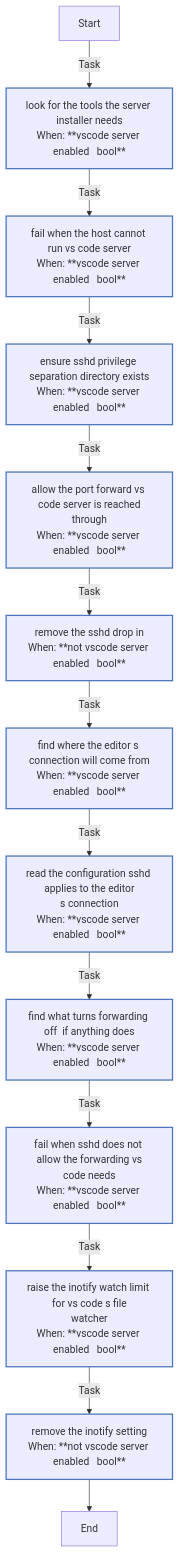
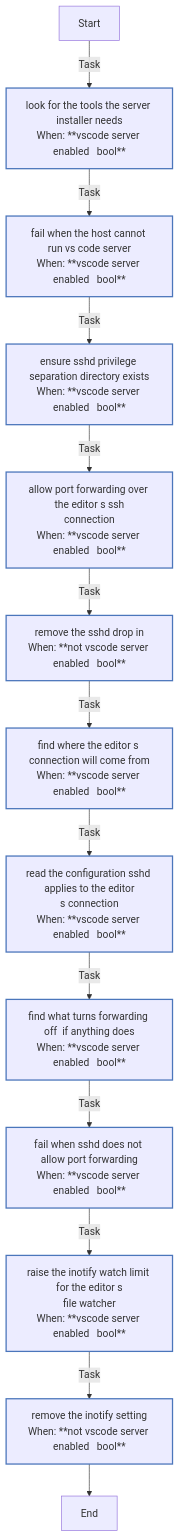
Before and after one commit to kawadeomkar/agent-warehouse: the diagram in docs/reference/roles/vscode_server.md, drawn with Mermaid. The commit also changed other lines of this file and 8 other files, not shown here.

First line of the commit message:
cleanup(vscode_server): say what the role does for any editor

````diff
--- a/docs/reference/roles/vscode_server.md
+++ b/docs/reference/roles/vscode_server.md
@@ -48,25 +48,25 @@
 ```mermaid
 flowchart TD
 Start
 classDef block stroke:#3498db,stroke-width:2px;
 classDef task stroke:#4b76bb,stroke-width:2px;
 classDef includeTasks stroke:#16a085,stroke-width:2px;
 classDef importTasks stroke:#34495e,stroke-width:2px;
 classDef includeRole stroke:#2980b9,stroke-width:2px;
 classDef importRole stroke:#699ba7,stroke-width:2px;
 classDef includeVars stroke:#8e44ad,stroke-width:2px;
 classDef rescue stroke:#665352,stroke-width:2px;
 
   Start-->|Task| Look_for_the_tools_the_server_installer_needs0[look for the tools the server installer needs<br>When: **vscode server enabled   bool**]:::task
   Look_for_the_tools_the_server_installer_needs0-->|Task| Fail_when_the_host_cannot_run_VS_Code_Server1[fail when the host cannot run vs code server<br>When: **vscode server enabled   bool**]:::task
   Fail_when_the_host_cannot_run_VS_Code_Server1-->|Task| Ensure_sshd_privilege_separation_directory_exists2[ensure sshd privilege separation directory exists<br>When: **vscode server enabled   bool**]:::task
-  Ensure_sshd_privilege_separation_directory_exists2-->|Task| Allow_the_port_forward_VS_Code_Server_is_reached_through3[allow the port forward vs code server is reached<br>through<br>When: **vscode server enabled   bool**]:::task
-  Allow_the_port_forward_VS_Code_Server_is_reached_through3-->|Task| Remove_the_sshd_drop_in4[remove the sshd drop in<br>When: **not vscode server enabled   bool**]:::task
+  Ensure_sshd_privilege_separation_directory_exists2-->|Task| Allow_port_forwarding_over_the_editor_s_SSH_connection3[allow port forwarding over the editor s ssh<br>connection<br>When: **vscode server enabled   bool**]:::task
+  Allow_port_forwarding_over_the_editor_s_SSH_connection3-->|Task| Remove_the_sshd_drop_in4[remove the sshd drop in<br>When: **not vscode server enabled   bool**]:::task
   Remove_the_sshd_drop_in4-->|Task| Find_where_the_editor_s_connection_will_come_from5[find where the editor s connection will come from<br>When: **vscode server enabled   bool**]:::task
   Find_where_the_editor_s_connection_will_come_from5-->|Task| Read_the_configuration_sshd_applies_to_the_editor_s_connection6[read the configuration sshd applies to the editor<br>s connection<br>When: **vscode server enabled   bool**]:::task
   Read_the_configuration_sshd_applies_to_the_editor_s_connection6-->|Task| Find_what_turns_forwarding_off__if_anything_does7[find what turns forwarding off  if anything does<br>When: **vscode server enabled   bool**]:::task
-  Find_what_turns_forwarding_off__if_anything_does7-->|Task| Fail_when_sshd_does_not_allow_the_forwarding_VS_Code_needs8[fail when sshd does not allow the forwarding vs<br>code needs<br>When: **vscode server enabled   bool**]:::task
-  Fail_when_sshd_does_not_allow_the_forwarding_VS_Code_needs8-->|Task| Raise_the_inotify_watch_limit_for_VS_Code_s_file_watcher9[raise the inotify watch limit for vs code s file<br>watcher<br>When: **vscode server enabled   bool**]:::task
-  Raise_the_inotify_watch_limit_for_VS_Code_s_file_watcher9-->|Task| Remove_the_inotify_setting10[remove the inotify setting<br>When: **not vscode server enabled   bool**]:::task
+  Find_what_turns_forwarding_off__if_anything_does7-->|Task| Fail_when_sshd_does_not_allow_port_forwarding8[fail when sshd does not allow port forwarding<br>When: **vscode server enabled   bool**]:::task
+  Fail_when_sshd_does_not_allow_port_forwarding8-->|Task| Raise_the_inotify_watch_limit_for_the_editor_s_file_watcher9[raise the inotify watch limit for the editor s<br>file watcher<br>When: **vscode server enabled   bool**]:::task
+  Raise_the_inotify_watch_limit_for_the_editor_s_file_watcher9-->|Task| Remove_the_inotify_setting10[remove the inotify setting<br>When: **not vscode server enabled   bool**]:::task
   Remove_the_inotify_setting10-->End
 ```
````
